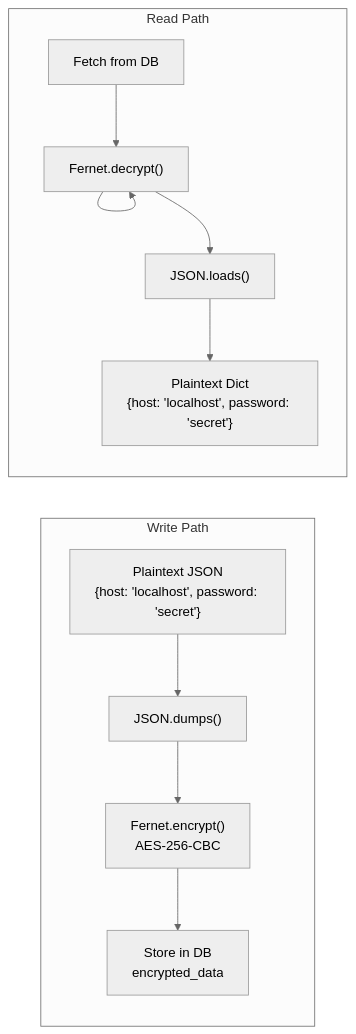
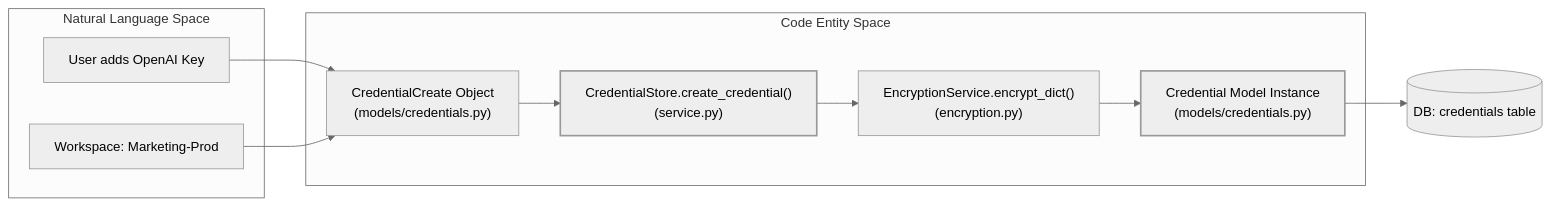
Before and after one commit to AutomatosAI/automatos-ai: the second of 2 diagrams in docs/authentication-multi-tenancy/credentials-management.md, drawn with Mermaid (neutral theme). The commit also changed other lines of this file and 149 other files, not shown here.

Commit message:
docs: refresh documentation with graphify semantic scan

````diff
--- a/docs/authentication-multi-tenancy/credentials-management.md
+++ b/docs/authentication-multi-tenancy/credentials-management.md
@@ -262,20 +135,24 @@
 ```mermaid
 graph LR
-    subgraph "Write Path"
-        PlainJSON["Plaintext JSON<br/>{host: 'localhost', password: 'secret'}"]
-        Serialize["JSON.dumps()"]
-        Encrypt["Fernet.encrypt()<br/>AES-256-CBC"]
-        Store["Store in DB<br/>encrypted_data"]
-        
-        PlainJSON --> Serialize --> Encrypt --> Store
+    subgraph "Natural Language Space"
+        User["User adds OpenAI Key"]
+        Workspace["Workspace: Marketing-Prod"]
     end
-    
-    subgraph "Read Path"
-        Fetch["Fetch from DB"]
-        Decrypt["Fernet.decrypt()"]
-        Deserialize["JSON.loads()"]
-        PlainOut["Plaintext Dict<br/>{host: 'localhost', password: 'secret'}"]
-        
-        Fetch --> Decrypt --> Decrypt --> Deserialize --> PlainOut
+
+    subgraph "Code Entity Space"
+        Input["CredentialCreate Object<br/>(models/credentials.py)"]
+        Logic["CredentialStore.create_credential()<br/>(service.py)"]
+        Model["Credential Model Instance<br/>(models/credentials.py)"]
+        Enc["EncryptionService.encrypt_dict()<br/>(encryption.py)"]
     end
+
+    User --> Input
+    Workspace --> Input
+    Input --> Logic
+    Logic --> Enc
+    Enc --> Model
+    Model --> DB[("DB: credentials table")]
+
+    style Logic stroke-width:2px
+    style Model stroke-width:2px
 ```
````
